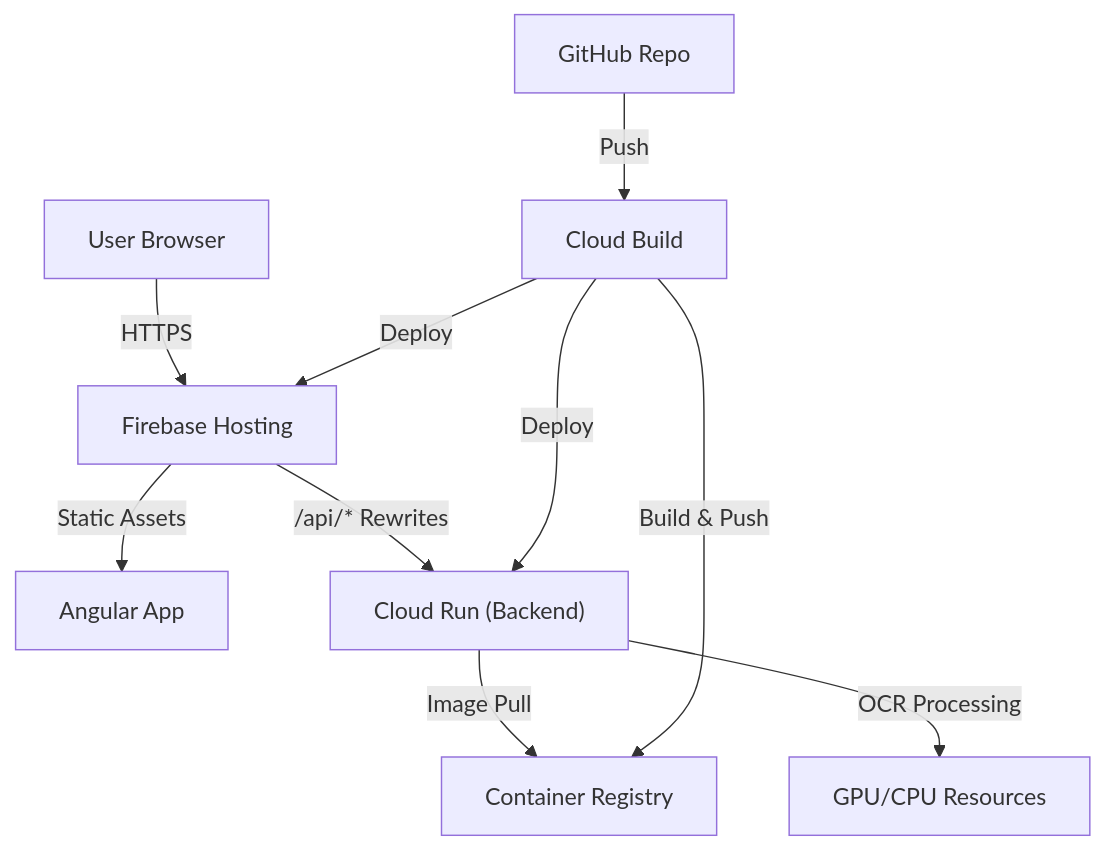
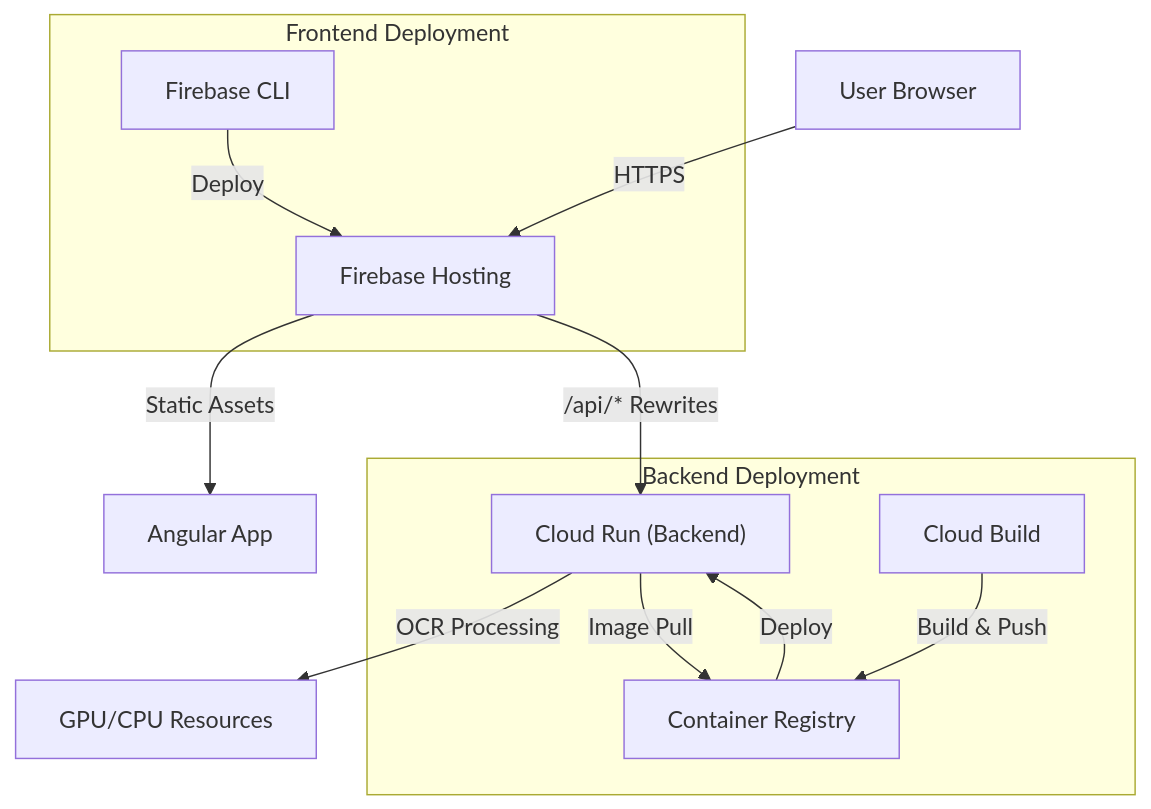
The diagram in README.md (roboojack/alv), drawn with Mermaid before and after one commit. The commit also changed 2 other files, not shown here.

Commit message:
docs: update deployment diagram and fix local requirements

````diff
--- a/README.md
+++ b/README.md
@@ -14,12 +14,17 @@
 ```mermaid
 graph TD
     User[User Browser] -->|HTTPS| Firebase[Firebase Hosting]
     Firebase -->|Static Assets| Angular[Angular App]
     Firebase -->|/api/* Rewrites| CloudRun["Cloud Run (Backend)"]
     CloudRun -->|OCR Processing| GPU["GPU/CPU Resources"]
     CloudRun -->|Image Pull| GCR[Container Registry]
-    GitHub[GitHub Repo] -->|Push| CloudBuild[Cloud Build]
-    CloudBuild -->|Build & Push| GCR
-    CloudBuild -->|Deploy| CloudRun
-    CloudBuild -->|Deploy| Firebase
+    
+    subgraph Backend_Workflow [Backend Deployment]
+    CloudBuild[Cloud Build] -->|Build & Push| GCR
+    GCR -->|Deploy| CloudRun
+    end
+    
+    subgraph Frontend_Workflow [Frontend Deployment]
+    CLI[Firebase CLI] -->|Deploy| Firebase
+    end
 ```
````
